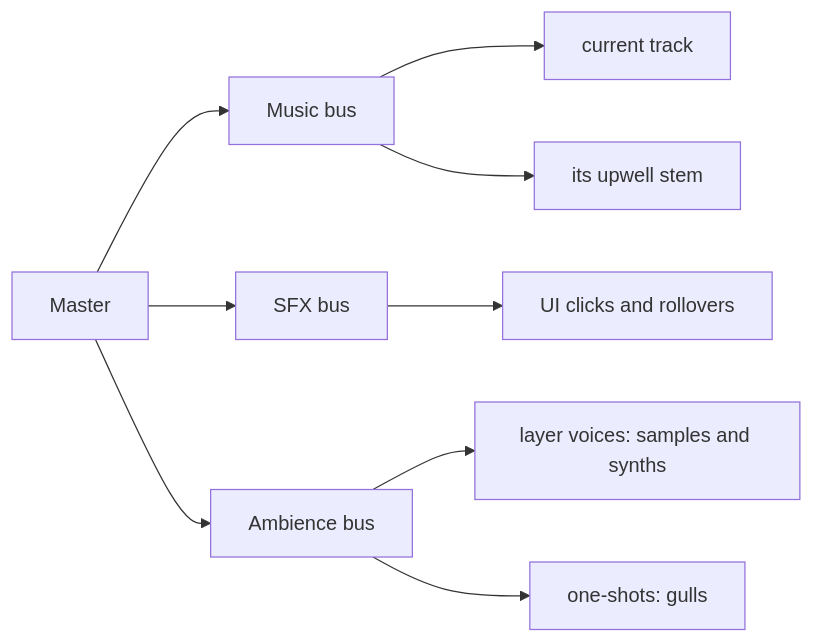
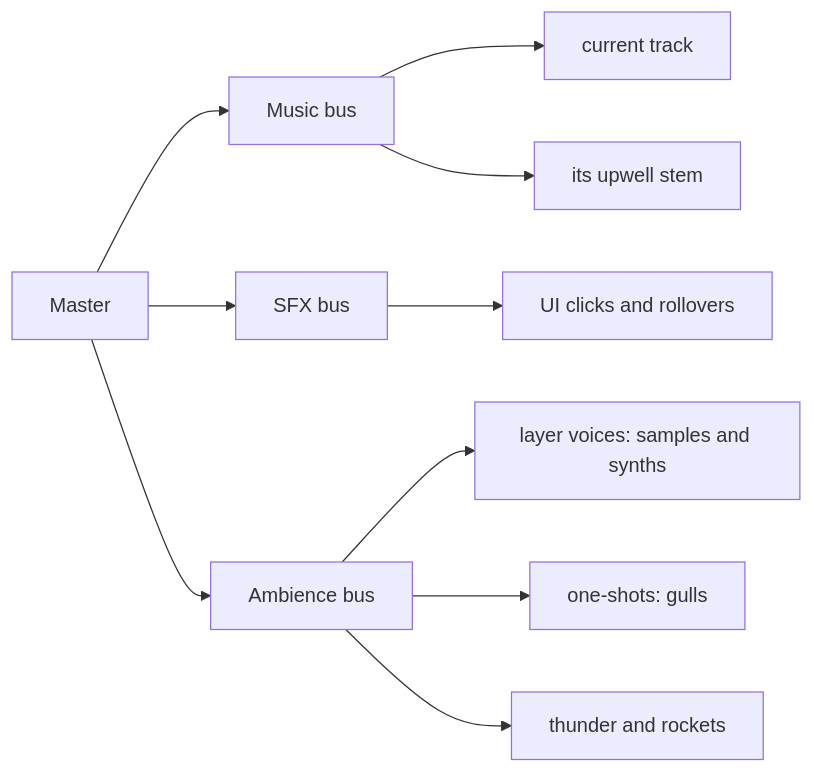
One commit to largepizza/SAT_LIGHT_SIM changed the first of 2 diagrams in wiki/sound/index.md. Above: the diagram before and after it, drawn with Mermaid. The commit also changed other lines of this file and 104 other files, not shown here.

````diff
--- a/wiki/sound/index.md
+++ b/wiki/sound/index.md
@@ -12,11 +12,12 @@
 ```mermaid
 flowchart LR
   M[Master] --> MU[Music bus]
   M --> SF[SFX bus]
   M --> AM[Ambience bus]
   MU --> T[current track]
   MU --> U[its upwell stem]
   SF --> C[UI clicks and rollovers]
   AM --> L[layer voices: samples and synths]
   AM --> O[one-shots: gulls]
+  AM --> R[thunder and rockets]
 ```
````
